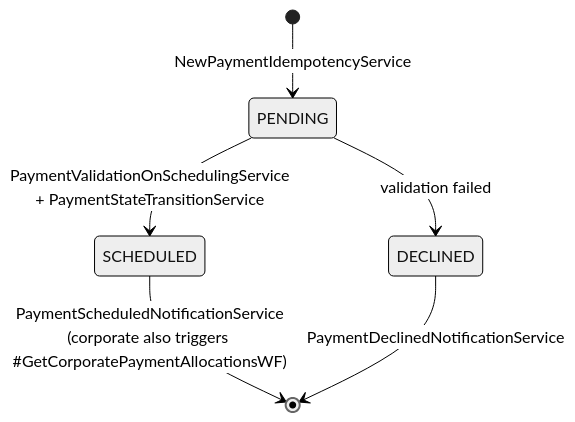
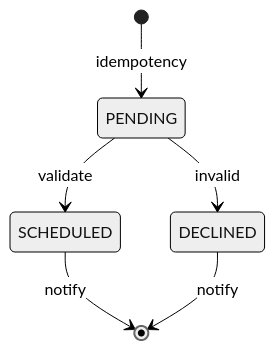
Before and after one commit to arunav-bhattacharya/billpay-docs: the second of 11 diagrams in docs/diagrams/state-diagrams.md, drawn with Mermaid (neutral theme). The commit also changed other lines of this file and 4 other files, not shown here.

Commit message:
Enhance Mermaid diagram styling and configuration for JetBrains Mono font

````diff
--- a/docs/diagrams/state-diagrams.md
+++ b/docs/diagrams/state-diagrams.md
@@ -36,9 +46,9 @@
 ```mermaid
 stateDiagram-v2
-  [*] --> PENDING: NewPaymentIdempotencyService
-  PENDING --> SCHEDULED: PaymentValidationOnSchedulingService<br/>+ PaymentStateTransitionService
-  PENDING --> DECLINED: validation failed
+  [*] --> PENDING: idempotency
+  PENDING --> SCHEDULED: validate
+  PENDING --> DECLINED: invalid
 
-  SCHEDULED --> [*]: PaymentScheduledNotificationService<br/>(corporate also triggers #GetCorporatePaymentAllocationsWF)
-  DECLINED --> [*]: PaymentDeclinedNotificationService
+  SCHEDULED --> [*]: notify
+  DECLINED --> [*]: notify
 ```
````
